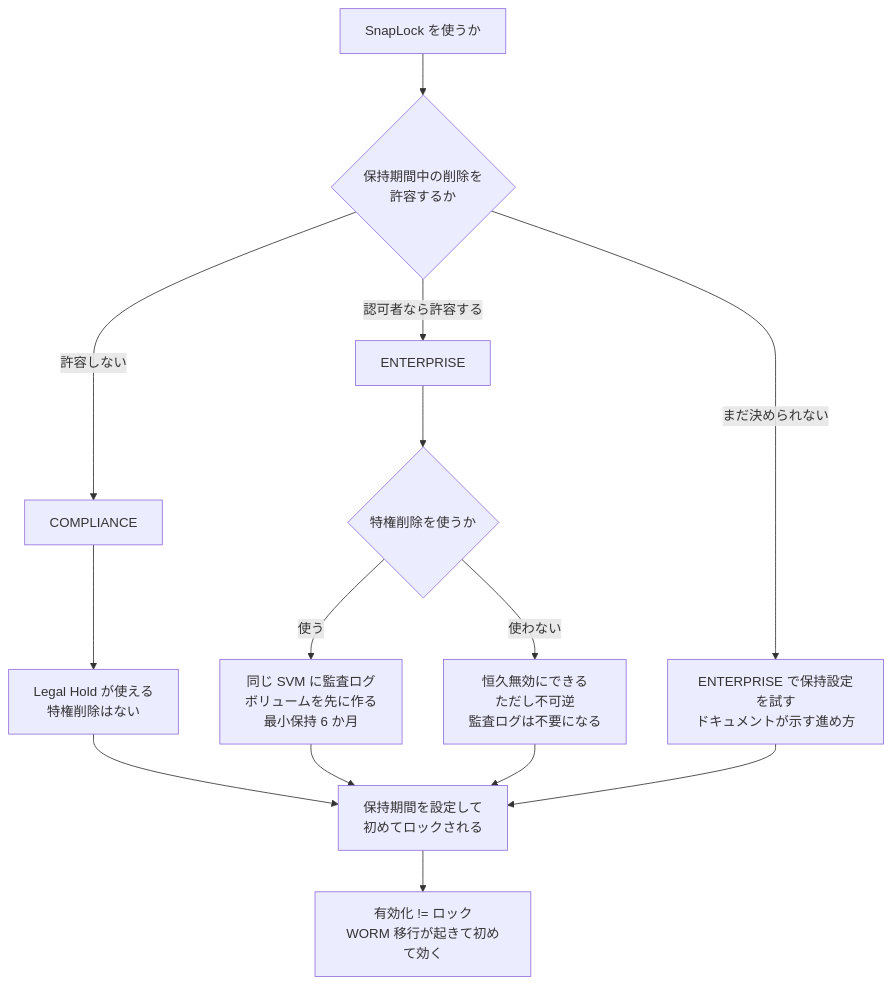
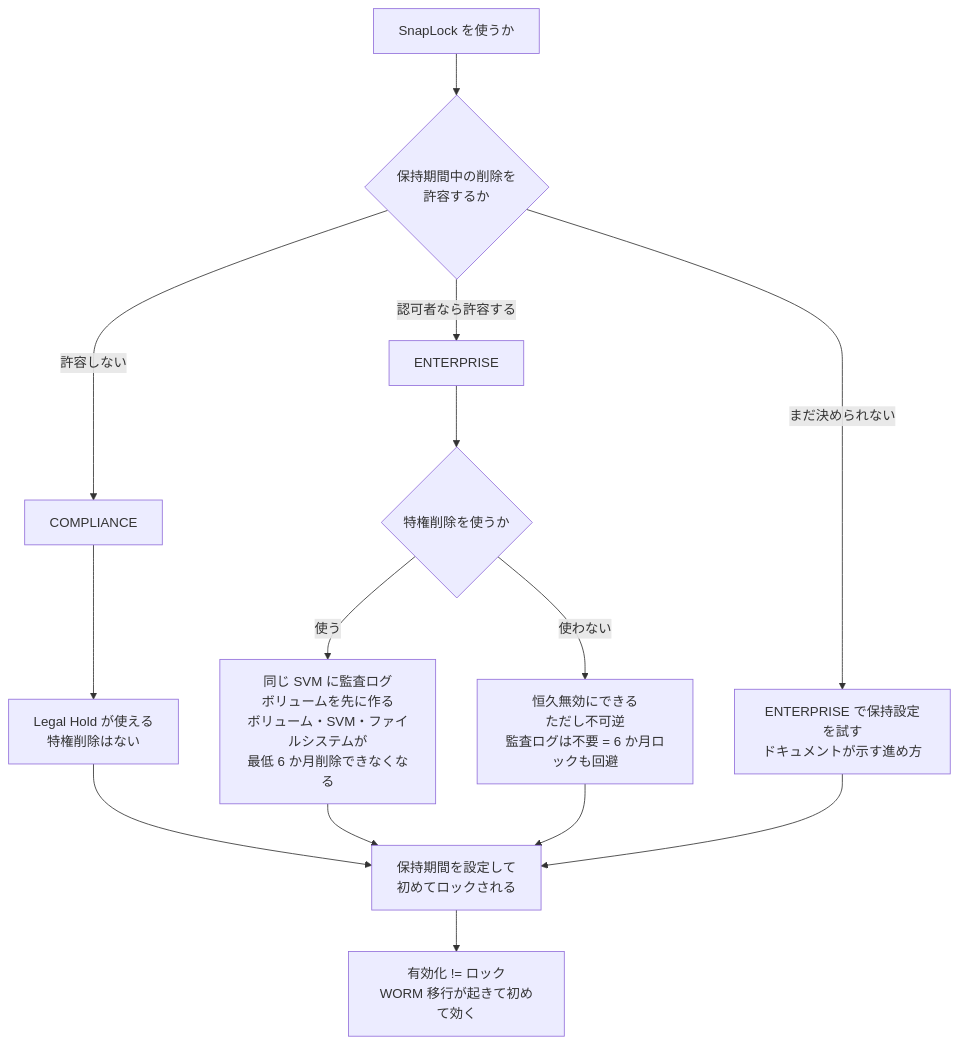
The diagram in docs/ja/domains/data-protection/notes/snaplock-and-layered-ransomware-readiness.md (Yoshiki0705/FSx-for-ONTAP-Adoption-Playbook), drawn with Mermaid before and after one commit. The commit also changed other lines of this file and 7 other files, not shown here.

````diff
--- a/docs/ja/domains/data-protection/notes/snaplock-and-layered-ransomware-readiness.md
+++ b/docs/ja/domains/data-protection/notes/snaplock-and-layered-ransomware-readiness.md
@@ -116,20 +162,20 @@
 ```mermaid
 graph TD
     A[SnapLock を使うか] --> Q1{保持期間中の削除を<br/>許容するか}
 
     Q1 -->|許容しない| C[COMPLIANCE]
     Q1 -->|認可者なら許容する| E[ENTERPRISE]
     Q1 -->|まだ決められない| TEST["ENTERPRISE で保持設定を試す<br/>ドキュメントが示す進め方"]
 
     C --> C1["Legal Hold が使える<br/>特権削除はない"]
     E --> E1{特権削除を使うか}
-    E1 -->|使う| AUDIT["同じ SVM に監査ログ<br/>ボリュームを先に作る<br/>最小保持 6 か月"]
-    E1 -->|使わない| PERM["恒久無効にできる<br/>ただし不可逆<br/>監査ログは不要になる"]
+    E1 -->|使う| AUDIT["同じ SVM に監査ログ<br/>ボリュームを先に作る<br/>ボリューム・SVM・ファイルシステムが<br/>最低 6 か月削除できなくなる"]
+    E1 -->|使わない| PERM["恒久無効にできる<br/>ただし不可逆<br/>監査ログは不要 = 6 か月ロックも回避"]
 
     C1 --> LOCK[保持期間を設定して<br/>初めてロックされる]
     AUDIT --> LOCK
     PERM --> LOCK
     TEST --> LOCK
 
     LOCK --> NOTE["有効化 != ロック<br/>WORM 移行が起きて初めて効く"]
 ```
````
